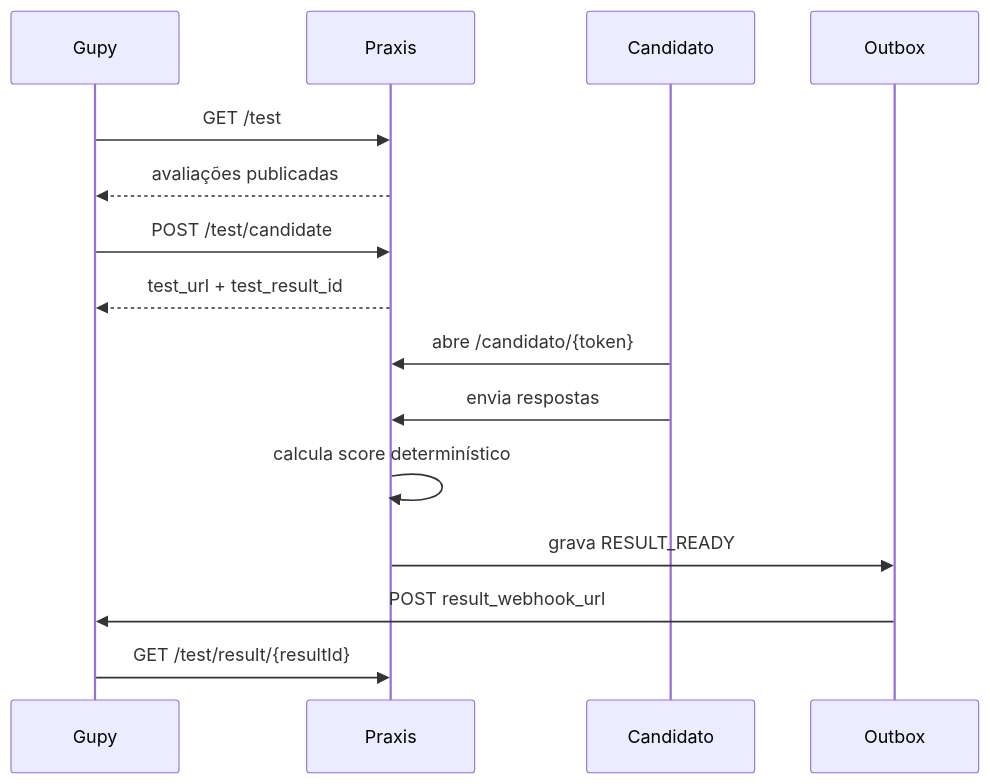
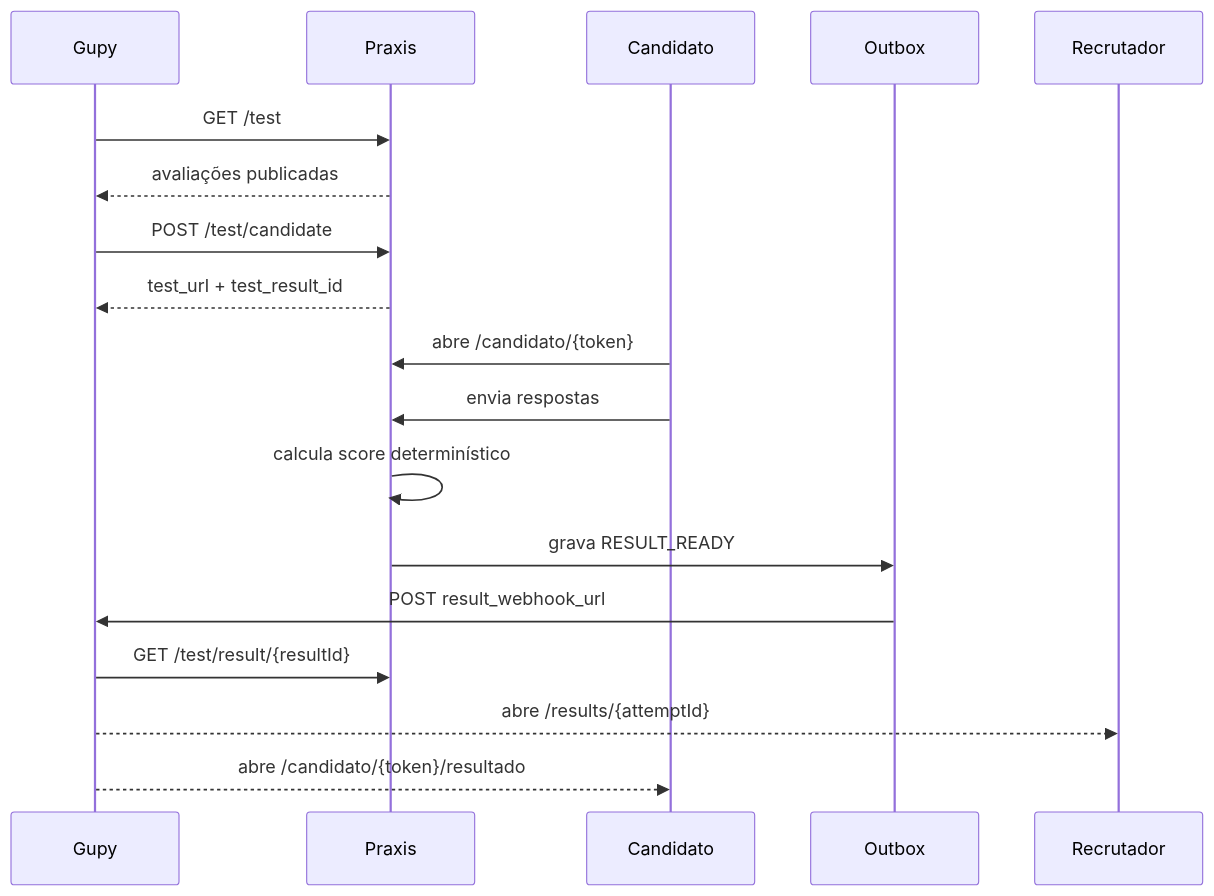
One commit to diogo2806/praxis changed the first of 2 diagrams in docs/INTEGRACAO-GUPY-PROVEDOR.md. Above: the diagram before and after it, drawn with Mermaid. The commit also changed other lines of this file and 3 other files, not shown here.

````diff
--- a/docs/INTEGRACAO-GUPY-PROVEDOR.md
+++ b/docs/INTEGRACAO-GUPY-PROVEDOR.md
@@ -220,18 +223,20 @@
 ```mermaid
 sequenceDiagram
   participant Gupy
   participant Praxis
   participant Candidato
   participant Outbox
 
   Gupy->>Praxis: GET /test
   Praxis-->>Gupy: avaliações publicadas
   Gupy->>Praxis: POST /test/candidate
   Praxis-->>Gupy: test_url + test_result_id
   Candidato->>Praxis: abre /candidato/{token}
   Candidato->>Praxis: envia respostas
   Praxis->>Praxis: calcula score determinístico
   Praxis->>Outbox: grava RESULT_READY
   Outbox->>Gupy: POST result_webhook_url
   Gupy->>Praxis: GET /test/result/{resultId}
+  Gupy-->>Recrutador: abre /results/{attemptId}
+  Gupy-->>Candidato: abre /candidato/{token}/resultado
 ```
````
